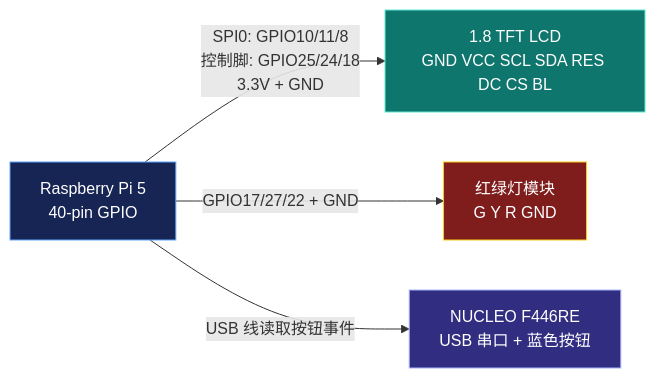
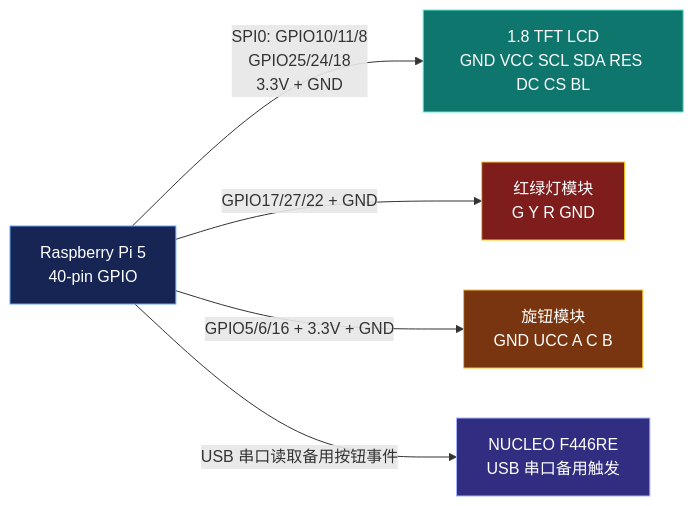
The diagram in docs/pi-hud-wiring-guide.md (Hang-Edward/Embedded_AI), drawn with Mermaid before and after one commit. The commit also changed other lines of this file and 9 other files, not shown here.

Commit message:
Add rotary knob control and LCD history paging

````diff
--- a/docs/pi-hud-wiring-guide.md
+++ b/docs/pi-hud-wiring-guide.md
@@ -90,16 +114,19 @@
 ```mermaid
 flowchart LR
     Pi["Raspberry Pi 5<br/>40-pin GPIO"]:::pi
     LCD["1.8 TFT LCD<br/>GND VCC SCL SDA RES DC CS BL"]:::lcd
     LED["红绿灯模块<br/>G Y R GND"]:::led
-    Nucleo["NUCLEO F446RE<br/>USB 串口 + 蓝色按钮"]:::nucleo
+    Knob["旋钮模块<br/>GND UCC A C B"]:::knob
+    Nucleo["NUCLEO F446RE<br/>USB 串口备用触发"]:::nucleo
 
-    Pi -- "SPI0: GPIO10/11/8<br/>控制脚: GPIO25/24/18<br/>3.3V + GND" --> LCD
+    Pi -- "SPI0: GPIO10/11/8<br/>GPIO25/24/18<br/>3.3V + GND" --> LCD
     Pi -- "GPIO17/27/22 + GND" --> LED
-    Pi -- "USB 线读取按钮事件" --> Nucleo
+    Pi -- "GPIO5/6/16 + 3.3V + GND" --> Knob
+    Pi -- "USB 串口读取备用按钮事件" --> Nucleo
 
     classDef pi fill:#172554,stroke:#60a5fa,color:#ffffff;
     classDef lcd fill:#0f766e,stroke:#5eead4,color:#ffffff;
     classDef led fill:#7f1d1d,stroke:#facc15,color:#ffffff;
+    classDef knob fill:#78350f,stroke:#fbbf24,color:#ffffff;
     classDef nucleo fill:#312e81,stroke:#a5b4fc,color:#ffffff;
 ```
````
